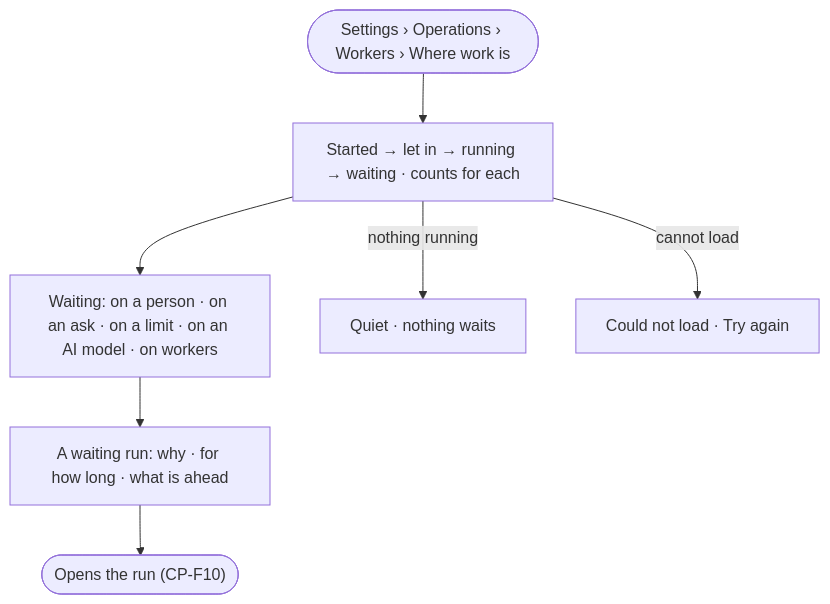
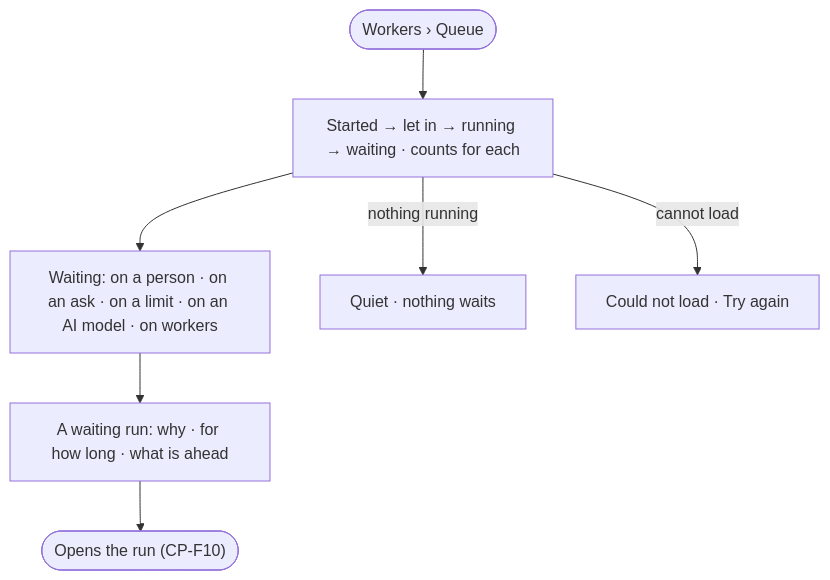
One commit to invana/invana changed the diagram in specs/os/control/features/CP-F03-workers-and-the-queue/stories/CP-05-see-where-work-is-and-why-it-waits/story.md. Above: the diagram before and after it, drawn with Mermaid. The commit also changed 133 other files, not shown here.

````diff
--- a/specs/os/control/features/CP-F03-workers-and-the-queue/stories/CP-05-see-where-work-is-and-why-it-waits/story.md
+++ b/specs/os/control/features/CP-F03-workers-and-the-queue/stories/CP-05-see-where-work-is-and-why-it-waits/story.md
@@ -26,9 +26,9 @@
 ```mermaid
 flowchart TD
-  s([Settings › Operations › Workers › Where work is]) --> f["Started → let in → running → waiting · counts for each"]
+  s([Workers › Queue]) --> f["Started → let in → running → waiting · counts for each"]
   f --> w["Waiting: on a person · on an ask · on a limit · on an AI model · on workers"]
   w --> one["A waiting run: why · for how long · what is ahead"]
   one --> run(["Opens the run (CP-F10)"])
   f -->|nothing running| q["Quiet · nothing waits"]
   f -->|cannot load| e["Could not load · Try again"]
 ```
````
